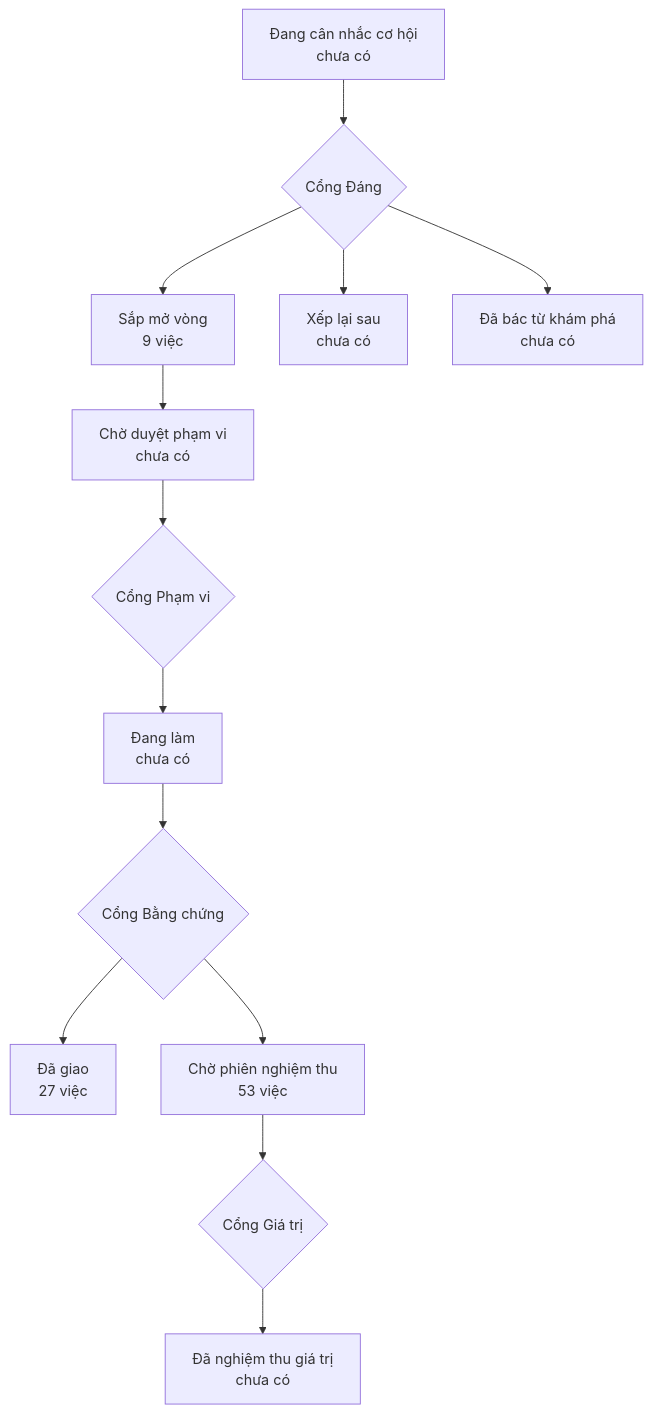
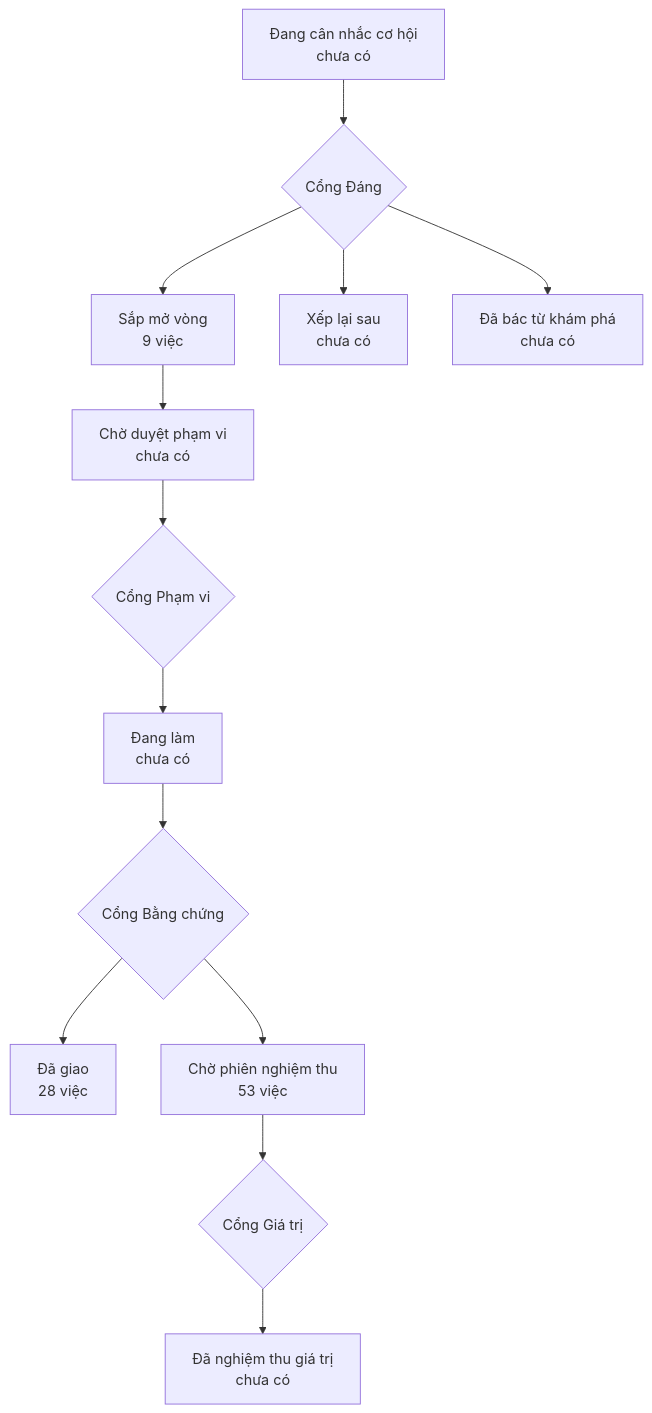
One commit to phanlemanh/onehub-inventory changed the diagram in PRODUCT-MAP.md. Above: the diagram before and after it, drawn with Mermaid. The commit also changed other lines of this file and 4 other files, not shown here.

````diff
--- a/PRODUCT-MAP.md
+++ b/PRODUCT-MAP.md
@@ -7,12 +7,12 @@
 ```mermaid
 flowchart TD
   A["Đang cân nhắc cơ hội<br/>chưa có"] --> GD{"Cổng Đáng"}
   GD --> B["Sắp mở vòng<br/>9 việc"]
   GD --> XL["Xếp lại sau<br/>chưa có"]
   GD --> DB["Đã bác từ khám phá<br/>chưa có"]
   B --> CD["Chờ duyệt phạm vi<br/>chưa có"] --> GP{"Cổng Phạm vi"}
   GP --> DL["Đang làm<br/>chưa có"] --> GB{"Cổng Bằng chứng"}
-  GB --> DG["Đã giao<br/>27 việc"]
+  GB --> DG["Đã giao<br/>28 việc"]
   GB --> CN["Chờ phiên nghiệm thu<br/>53 việc"] --> GG{"Cổng Giá trị"}
   GG --> NT["Đã nghiệm thu giá trị<br/>chưa có"]
 ```
````
